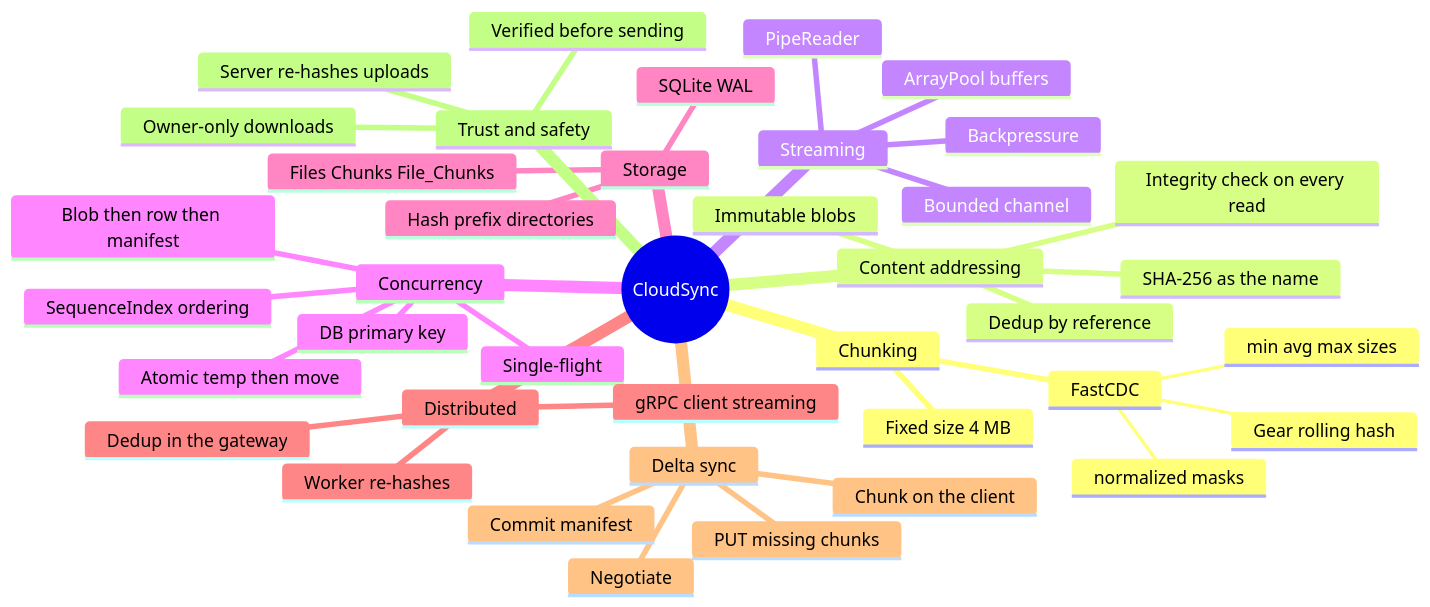
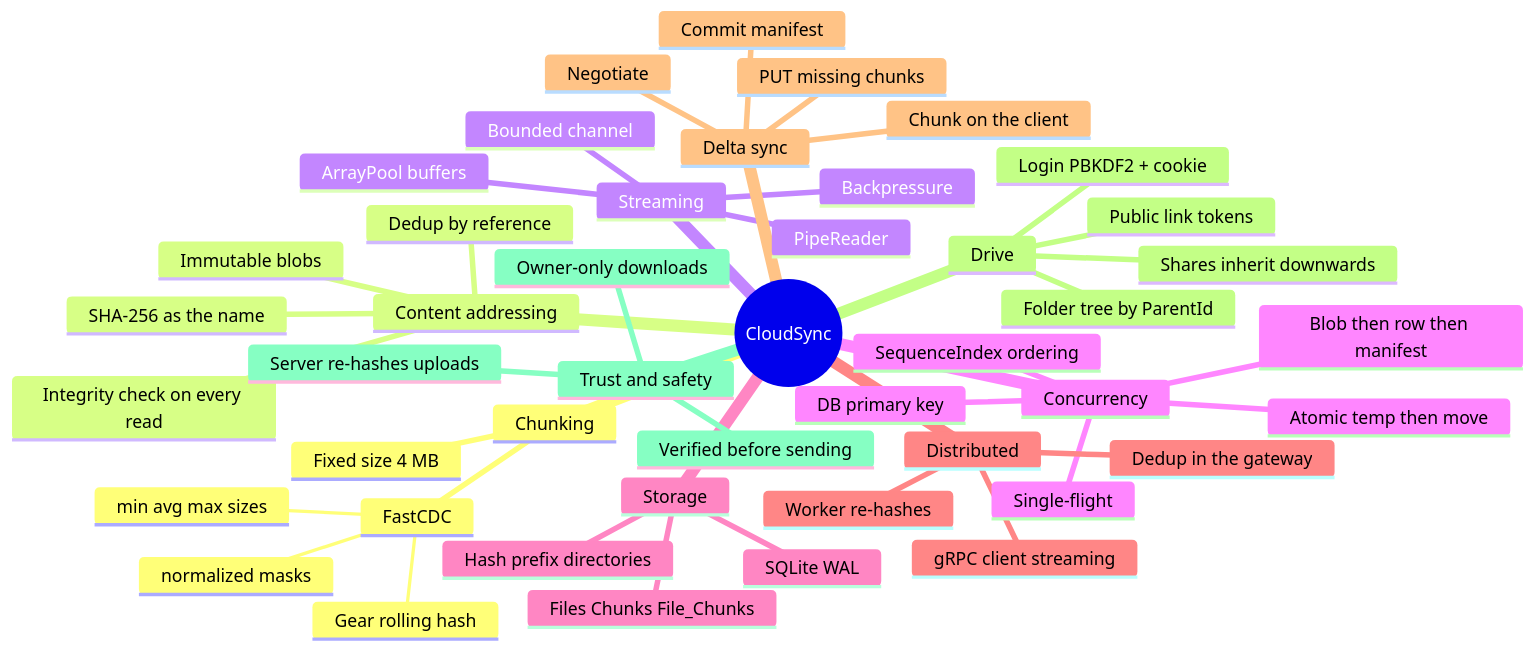
One commit to havish-coder/Drive changed diagram 14 of 15 in docs/VISUALIZATION.md. Above: the diagram before and after it, drawn with Mermaid. The commit also changed other lines of this file and 25 other files, not shown here.

First line of the commit message:
Drive-style folders, sharing and login; latency measurement; gap analysis

````diff
--- a/docs/VISUALIZATION.md
+++ b/docs/VISUALIZATION.md
@@ -528,43 +575,48 @@
 ```mermaid
 mindmap
   root((CloudSync))
     Chunking
       Fixed size 4 MB
       FastCDC
         Gear rolling hash
         min avg max sizes
         normalized masks
     Content addressing
       SHA-256 as the name
       Dedup by reference
       Integrity check on every read
       Immutable blobs
     Streaming
       PipeReader
       Bounded channel
       Backpressure
       ArrayPool buffers
     Concurrency
       Single-flight
       Atomic temp then move
       DB primary key
       Blob then row then manifest
       SequenceIndex ordering
     Storage
       SQLite WAL
       Files Chunks File_Chunks
       Hash prefix directories
     Distributed
       gRPC client streaming
       Worker re-hashes
       Dedup in the gateway
     Delta sync
       Chunk on the client
       Negotiate
       PUT missing chunks
       Commit manifest
+    Drive
+      Folder tree by ParentId
+      Shares inherit downwards
+      Public link tokens
+      Login PBKDF2 + cookie
     Trust and safety
       Server re-hashes uploads
       Owner-only downloads
       Verified before sending
 ```
````
